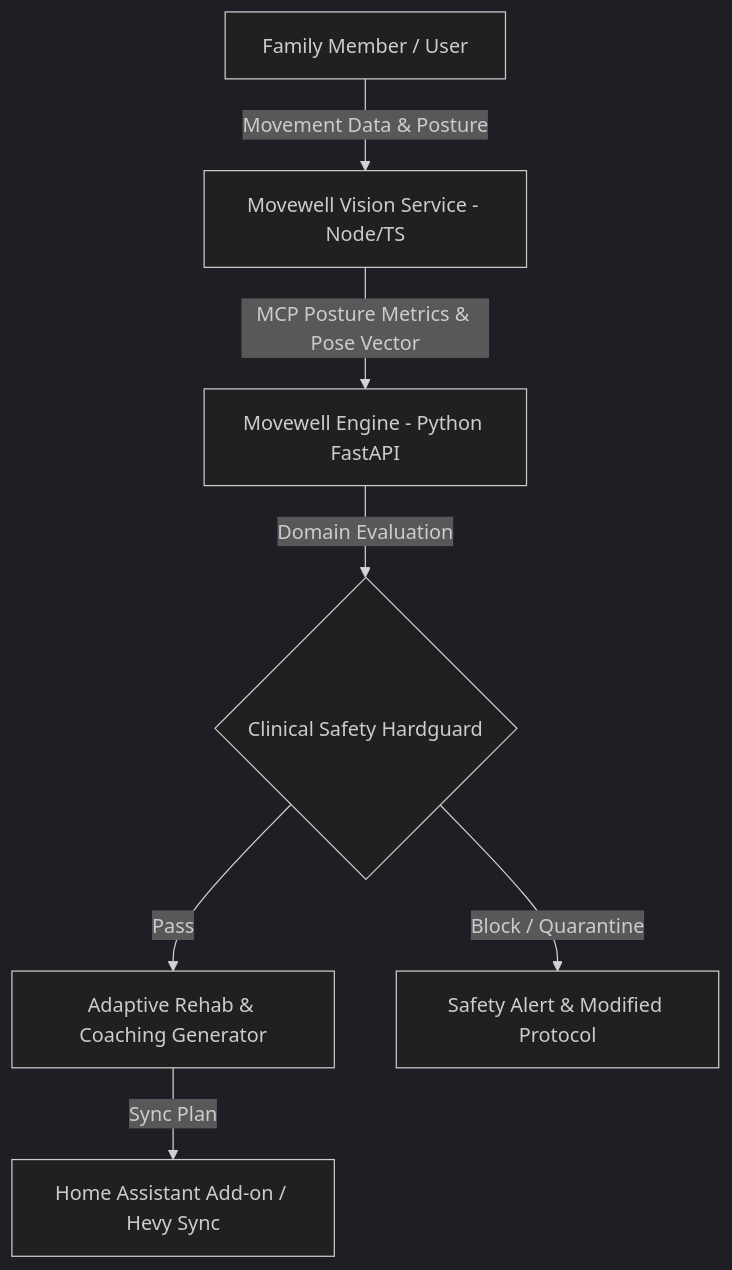
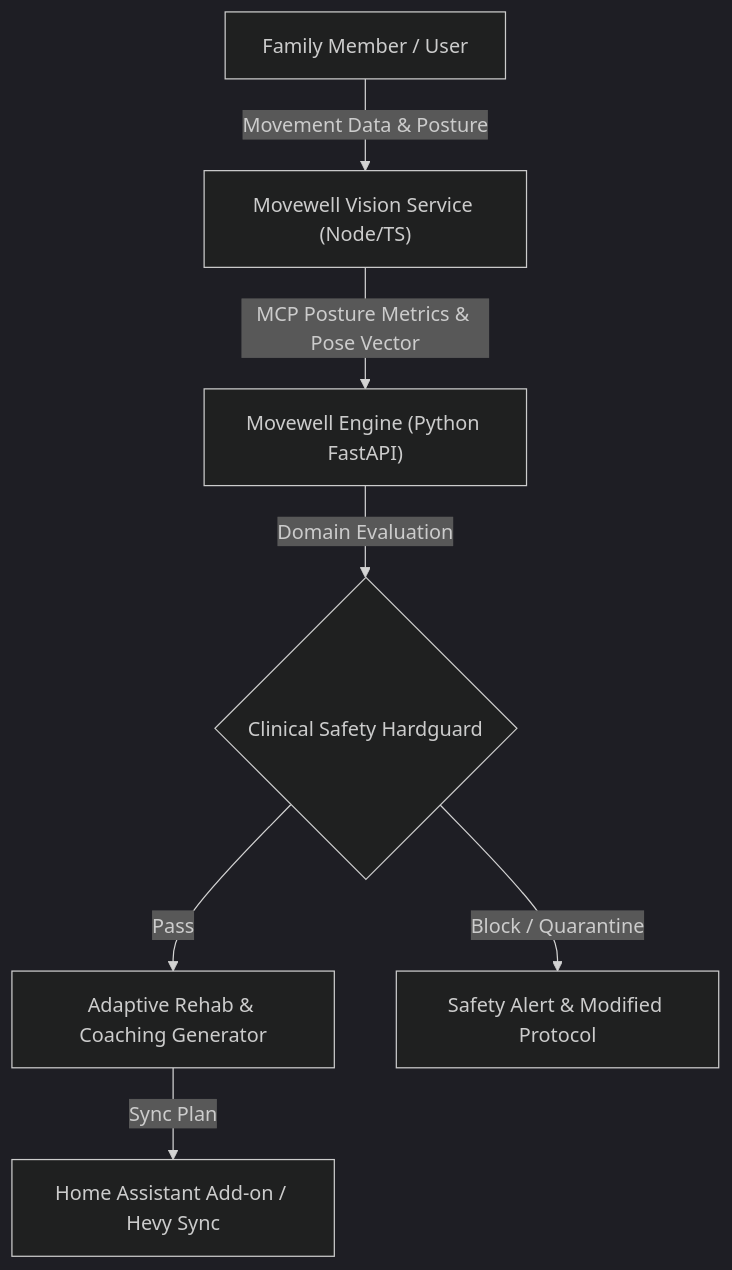
The diagram in ARCHITECTURE.md (haydarrjr/movewell-family), drawn with Mermaid (dark theme) before and after one commit. The commit also changed 1 other file, not shown here.

Commit message:
fix(docs): format mermaid diagram syntax with quoted labels for github rendering

````diff
--- a/ARCHITECTURE.md
+++ b/ARCHITECTURE.md
@@ -7,9 +7,9 @@
 ```mermaid
 flowchart TD
-    A[Family Member / User] -->|Movement Data & Posture| B[Movewell Vision Service - Node/TS]
-    B -->|MCP Posture Metrics & Pose Vector| C[Movewell Engine - Python FastAPI]
-    C -->|Domain Evaluation| D{Clinical Safety Hardguard}
-    D -->|Pass| E[Adaptive Rehab & Coaching Generator]
-    D -->|Block / Quarantine| F[Safety Alert & Modified Protocol]
-    E -->|Sync Plan| G[Home Assistant Add-on / Hevy Sync]
+    A["Family Member / User"] -->|"Movement Data & Posture"| B["Movewell Vision Service (Node/TS)"]
+    B -->|"MCP Posture Metrics & Pose Vector"| C["Movewell Engine (Python FastAPI)"]
+    C -->|"Domain Evaluation"| D{"Clinical Safety Hardguard"}
+    D -->|"Pass"| E["Adaptive Rehab & Coaching Generator"]
+    D -->|"Block / Quarantine"| F["Safety Alert & Modified Protocol"]
+    E -->|"Sync Plan"| G["Home Assistant Add-on / Hevy Sync"]
 ```
````
